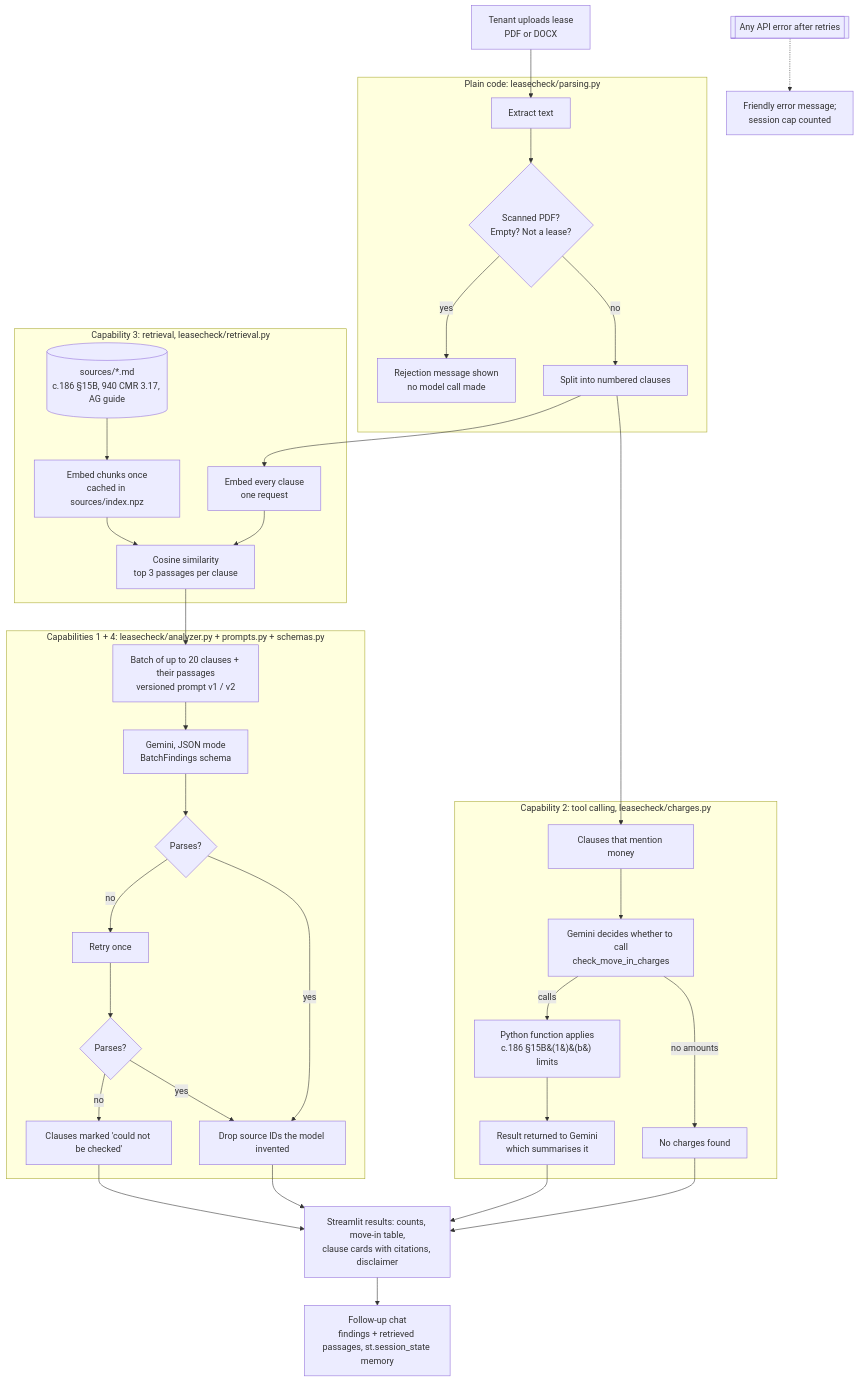
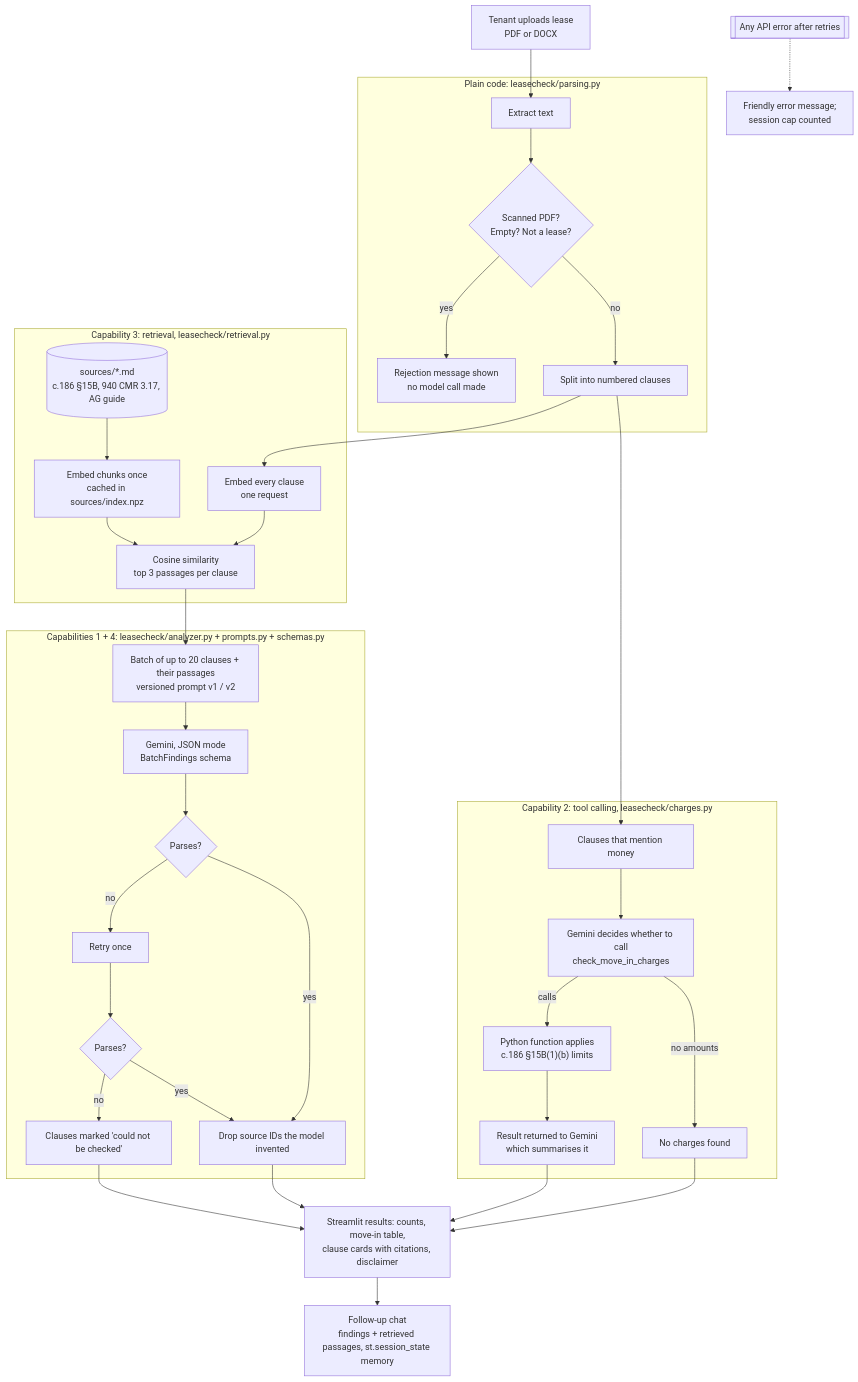
Before and after one commit to SumanBadakada/IS883_bostonleasechecker: the diagram in docs/architecture.md, drawn with Mermaid.

````diff
--- a/docs/architecture.md
+++ b/docs/architecture.md
@@ -6,43 +6,42 @@
 ```mermaid
 flowchart TD
     U[Tenant uploads lease<br/>PDF or DOCX] --> P
 
     subgraph CODE1 [Plain code: leasecheck/parsing.py]
       P[Extract text] --> S{Scanned PDF?<br/>Empty? Not a lease?}
       S -- yes --> R[Rejection message shown<br/>no model call made]
       S -- no --> C[Split into numbered clauses]
     end
 
     C --> E
     subgraph RAG [Capability 3: retrieval, leasecheck/retrieval.py]
       SRC[(sources/*.md<br/>c.186 §15B, 940 CMR 3.17, AG guide)] --> IDX[Embed chunks once<br/>cached in sources/index.npz]
       E[Embed every clause<br/>one request] --> SIM[Cosine similarity<br/>top 3 passages per clause]
       IDX --> SIM
     end
 
     SIM --> B
     subgraph LLM1 [Capabilities 1 + 4: leasecheck/analyzer.py + prompts.py + schemas.py]
       B[Batch of up to 20 clauses + their passages<br/>versioned prompt v1 / v2] --> G[Gemini, JSON mode<br/>BatchFindings schema]
       G --> J{Parses?}
       J -- no --> RETRY[Retry once] --> J2{Parses?}
       J2 -- no --> NC[Clauses marked 'could not be checked']
       J -- yes --> V[Drop source IDs the model invented]
       J2 -- yes --> V
     end
 
     C --> M
     subgraph TOOL [Capability 2: tool calling, leasecheck/charges.py]
       M[Clauses that mention money] --> G2[Gemini decides whether to call<br/>check_move_in_charges]
-      G2 -- calls --> F[Python function applies<br/>c.186 §15B&#40;1&#41;&#40;b&#41; limits]
+      G2 -- calls --> F["Python function applies<br/>c.186 §15B(1)(b) limits"]
       F --> G3[Result returned to Gemini<br/>which summarises it]
       G2 -- no amounts --> NONE[No charges found]
     end
 
     V --> UI
     NC --> UI
     G3 --> UI
     NONE --> UI
     UI[Streamlit results: counts, move-in table,<br/>clause cards with citations, disclaimer] --> CHAT[Follow-up chat<br/>findings + retrieved passages, st.session_state memory]
-
-    APIERR[[Any API error after retries]] -.-> MSG[Friendly error message;<br/>session cap counted]
+    APIERR[[Any API error after retries]] -.-> MSG["Friendly error message;<br/>session cap counted"]
 ```
````
